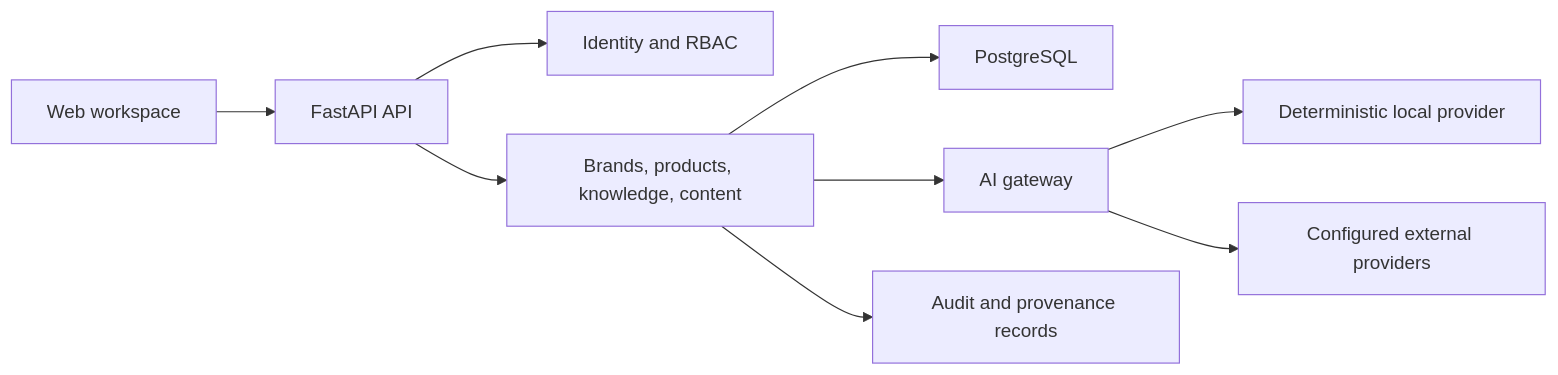
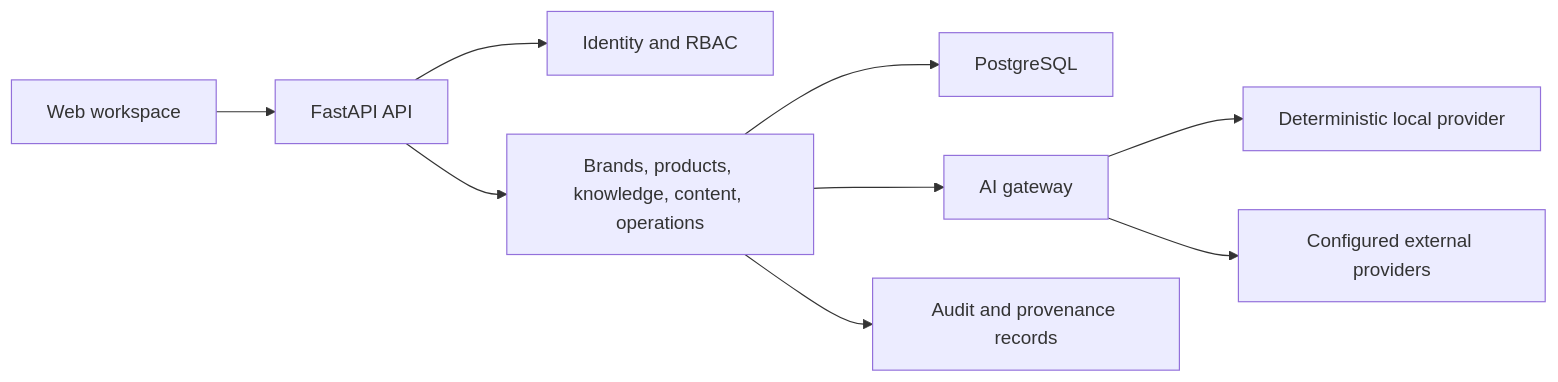
One commit to KayZhongyi/heyu-ai changed the diagram in docs/architecture.md. Above: the diagram before and after it, drawn with Mermaid. The commit also changed 11 other files, not shown here.

````diff
--- a/docs/architecture.md
+++ b/docs/architecture.md
@@ -19,11 +19,11 @@
 ```mermaid
 flowchart LR
   Web["Web workspace"] --> API["FastAPI API"]
   API --> Auth["Identity and RBAC"]
-  API --> Domain["Brands, products, knowledge, content"]
+  API --> Domain["Brands, products, knowledge, content, operations"]
   Domain --> DB["PostgreSQL"]
   Domain --> Gateway["AI gateway"]
   Gateway --> Mock["Deterministic local provider"]
   Gateway --> Providers["Configured external providers"]
   Domain --> Audit["Audit and provenance records"]
 ```
````
